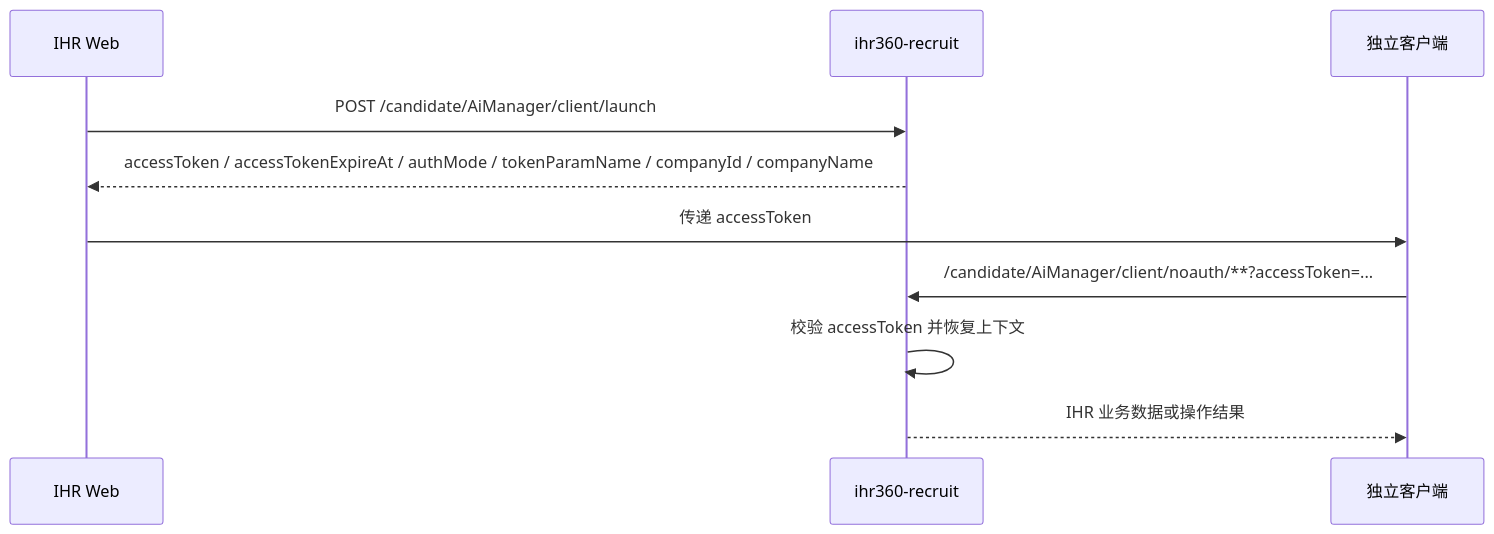
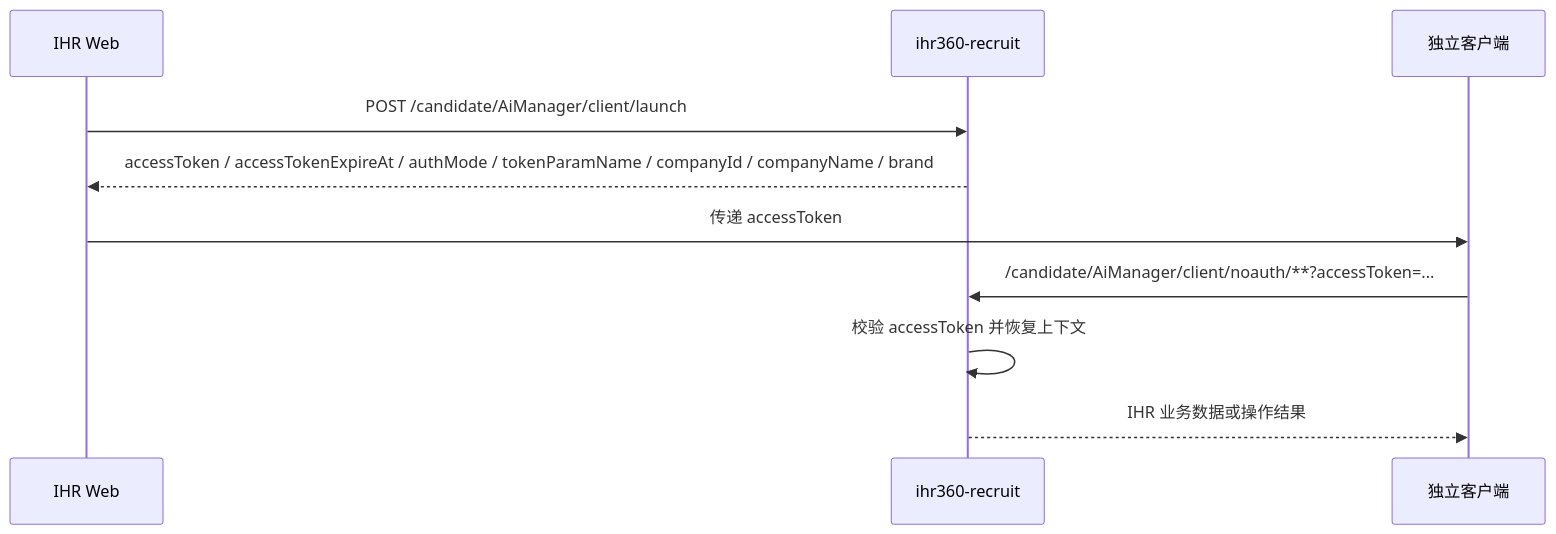
One commit to recruiting-tool-360/irecruiting360-web-static changed the diagram in docs/07-ihr-client-usage.md. Above: the diagram before and after it, drawn with Mermaid. The commit also changed other lines of this file and 16 other files, not shown here.

Commit message:
fix(): 分配职位逻辑优化，滚动截图优化

````diff
--- a/docs/07-ihr-client-usage.md
+++ b/docs/07-ihr-client-usage.md
@@ -18,13 +18,13 @@
 ```mermaid
 sequenceDiagram
     participant Web as IHR Web
     participant Recruit as ihr360-recruit
     participant Client as 独立客户端
 
     Web->>Recruit: POST /candidate/AiManager/client/launch
-    Recruit-->>Web: accessToken / accessTokenExpireAt / authMode / tokenParamName / companyId / companyName
+    Recruit-->>Web: accessToken / accessTokenExpireAt / authMode / tokenParamName / companyId / companyName / brand
     Web->>Client: 传递 accessToken
     Client->>Recruit: /candidate/AiManager/client/noauth/**?accessToken=...
     Recruit->>Recruit: 校验 accessToken 并恢复上下文
     Recruit-->>Client: IHR 业务数据或操作结果
 ```
````
